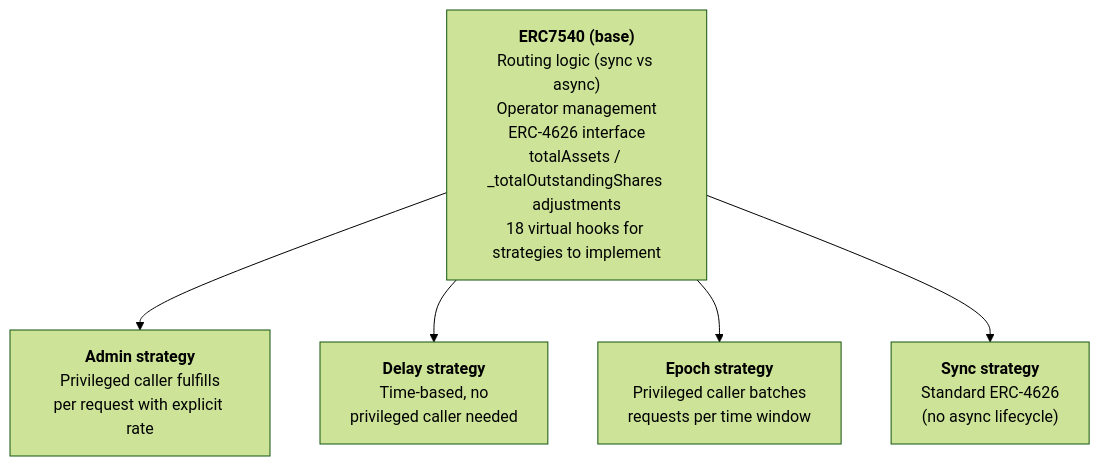
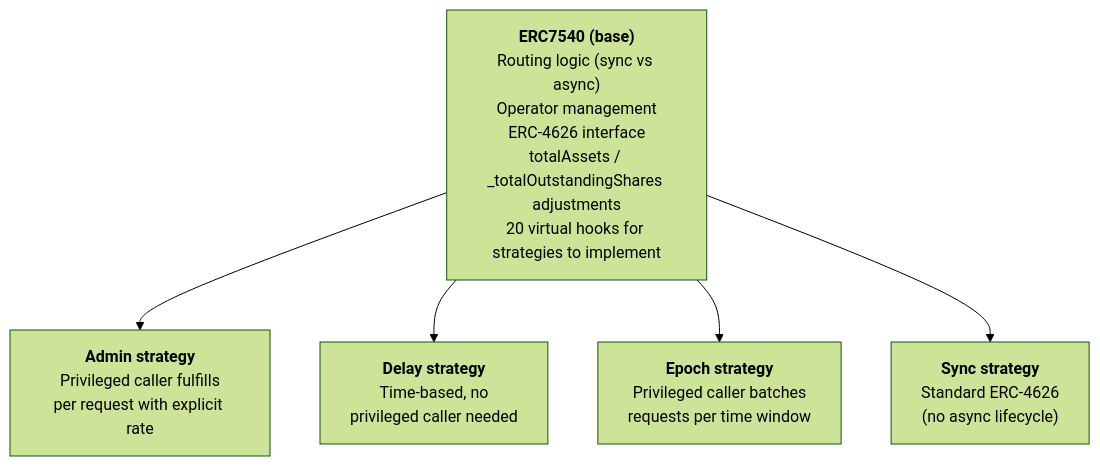
The second of 5 diagrams in docs/modules/ROOT/pages/erc7540.adoc (OpenZeppelin/openzeppelin-community-contracts), drawn with Mermaid (forest theme) before and after one commit. The commit also changed other lines of this file and 8 other files, not shown here.

First line of the commit message:
ERC7540: leave the _current*RequestId hooks unimplemented in the base

````diff
--- a/docs/modules/ROOT/pages/erc7540.adoc
+++ b/docs/modules/ROOT/pages/erc7540.adoc
@@ -59,8 +59,8 @@
 ```mermaid
 flowchart TD
-    Base["<b>ERC7540 (base)</b><br/>Routing logic (sync vs async)<br/>Operator management<br/>ERC-4626 interface<br/>totalAssets / _totalOutstandingShares adjustments<br/>18 virtual hooks for strategies to implement"]
+    Base["<b>ERC7540 (base)</b><br/>Routing logic (sync vs async)<br/>Operator management<br/>ERC-4626 interface<br/>totalAssets / _totalOutstandingShares adjustments<br/>20 virtual hooks for strategies to implement"]
     Base --> Admin["<b>Admin strategy</b><br/>Privileged caller fulfills<br/>per request with explicit rate"]
     Base --> Delay["<b>Delay strategy</b><br/>Time-based, no<br/>privileged caller needed"]
     Base --> Epoch["<b>Epoch strategy</b><br/>Privileged caller batches<br/>requests per time window"]
     Base --> Sync["<b>Sync strategy</b><br/>Standard ERC-4626<br/>(no async lifecycle)"]
 ```
````
